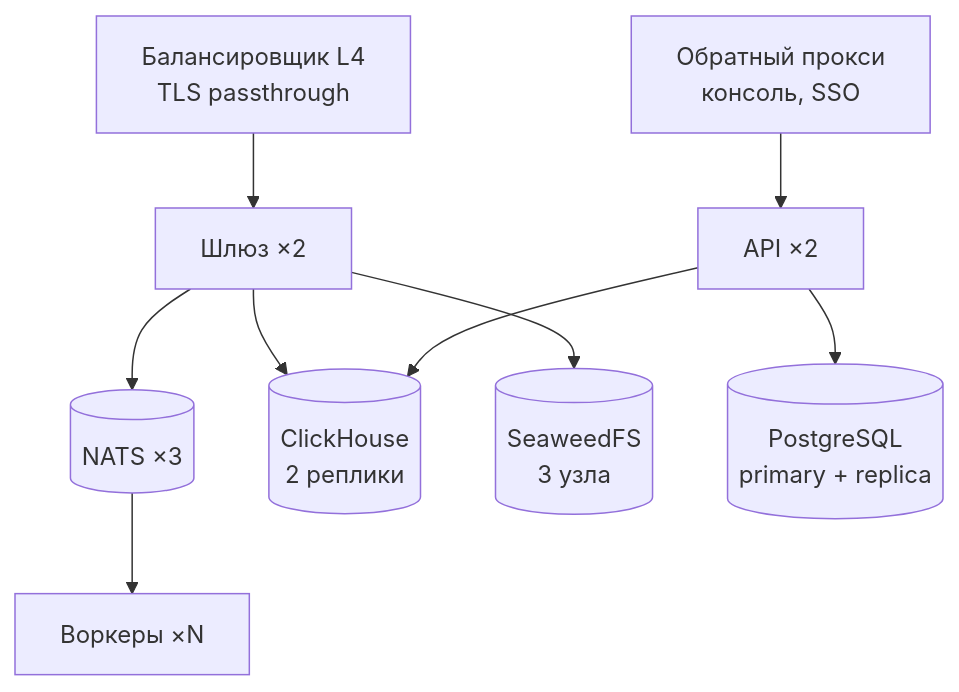
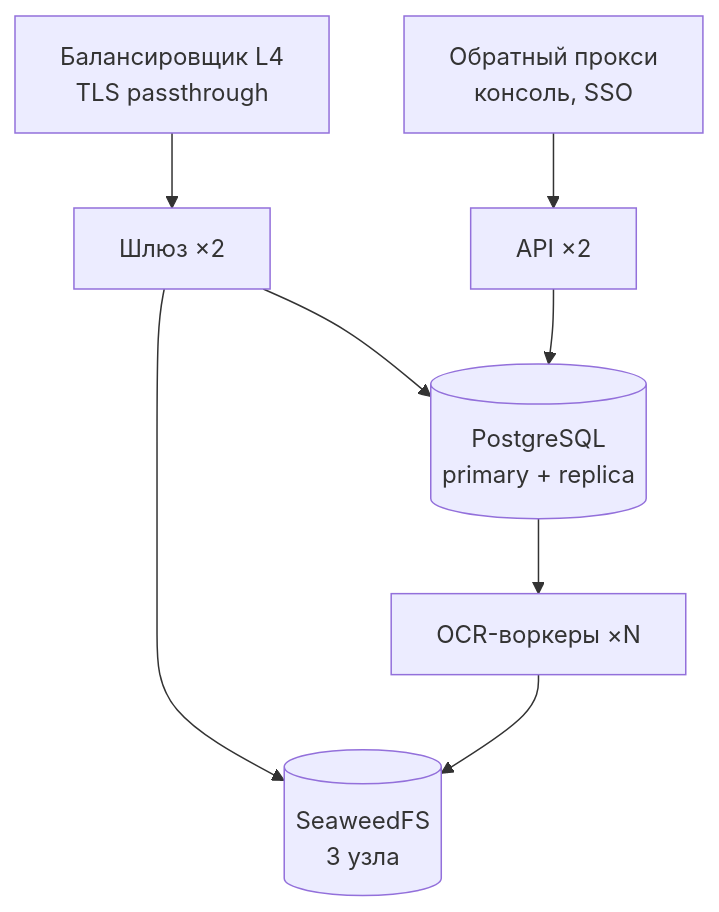
The fifth of 5 diagrams in content/architecture.md (Nyrokume/rakurs-docs), drawn with Mermaid before and after one commit. The commit also changed other lines of this file and 43 other files, not shown here.

````diff
--- a/content/architecture.md
+++ b/content/architecture.md
@@ -118,11 +113,10 @@
 ```mermaid Минимальная отказоустойчивая схема
 flowchart TB
   lb[Балансировщик L4<br/>TLS passthrough] --> gw1[Шлюз ×2]
   lb2[Обратный прокси<br/>консоль, SSO] --> api1[API ×2]
-  gw1 --> nats[(NATS ×3)]
-  gw1 --> ch[(ClickHouse<br/>2 реплики)]
+  gw1 --> pg[(PostgreSQL<br/>primary + replica)]
   gw1 --> s3[(SeaweedFS<br/>3 узла)]
-  api1 --> pg[(PostgreSQL<br/>primary + replica)]
-  api1 --> ch
-  nats --> wk[Воркеры ×N]
+  api1 --> pg
+  pg --> wk[OCR-воркеры ×N]
+  wk --> s3
 ```
````
